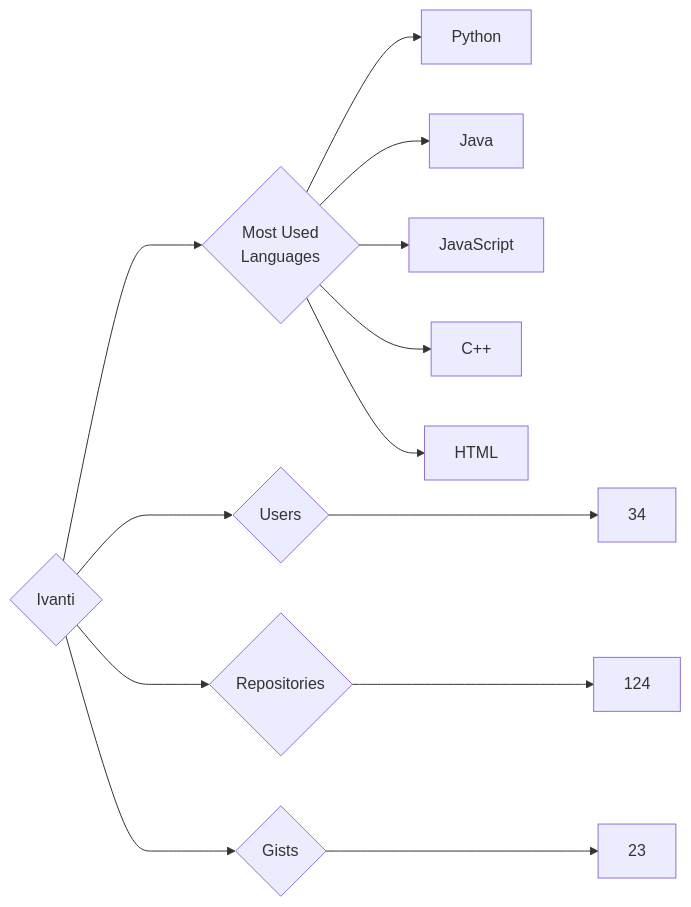
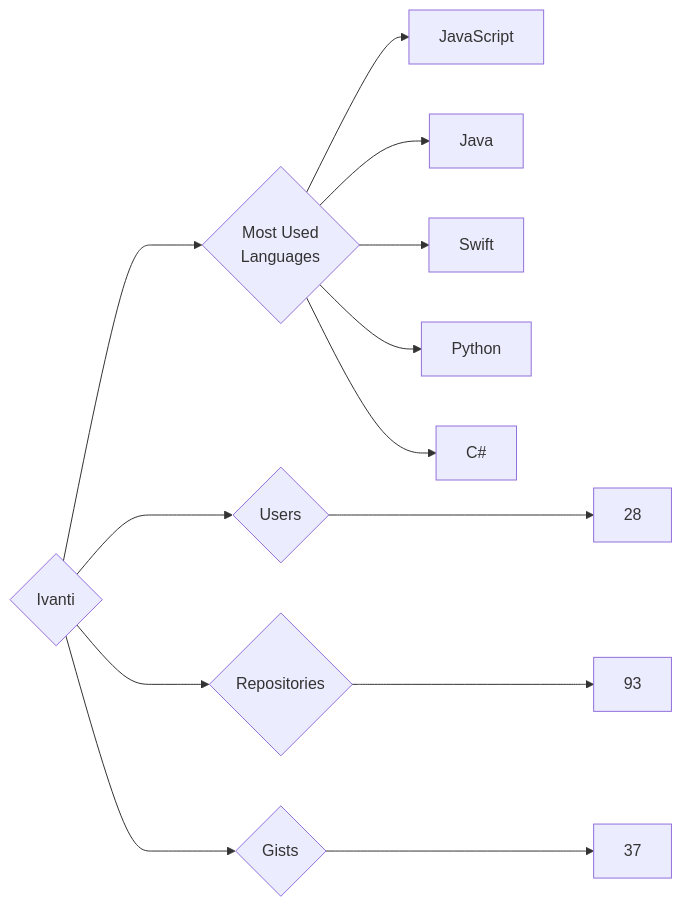
Before and after one commit to trickest/insiders: the diagram in targets/Ivanti/README.md, drawn with Mermaid. The commit also changed 782 other files, not shown here.

````diff
--- a/targets/Ivanti/README.md
+++ b/targets/Ivanti/README.md
@@ -3,13 +3,13 @@
 ```mermaid
 graph LR
 COMPANY_NAME{Ivanti}
-COMPANY_NAME ---> U{Users} ---> UN[34]
-COMPANY_NAME ---> R{Repositories} ---> RN[124]
-COMPANY_NAME ---> G{Gists} ---> GN[23]
+COMPANY_NAME ---> U{Users} ---> UN[28]
+COMPANY_NAME ---> R{Repositories} ---> RN[93]
+COMPANY_NAME ---> G{Gists} ---> GN[37]
 COMPANY_NAME ---> ML{Most Used<br>Languages}
+ML --> JavaScript[JavaScript]
+ML --> Java[Java]
+ML --> Swift[Swift]
 ML --> Python[Python]
-ML --> Java[Java]
-ML --> JavaScript[JavaScript]
-ML --> C++[C++]
-ML --> HTML[HTML]
+ML --> C#[C#]
 ```
````
